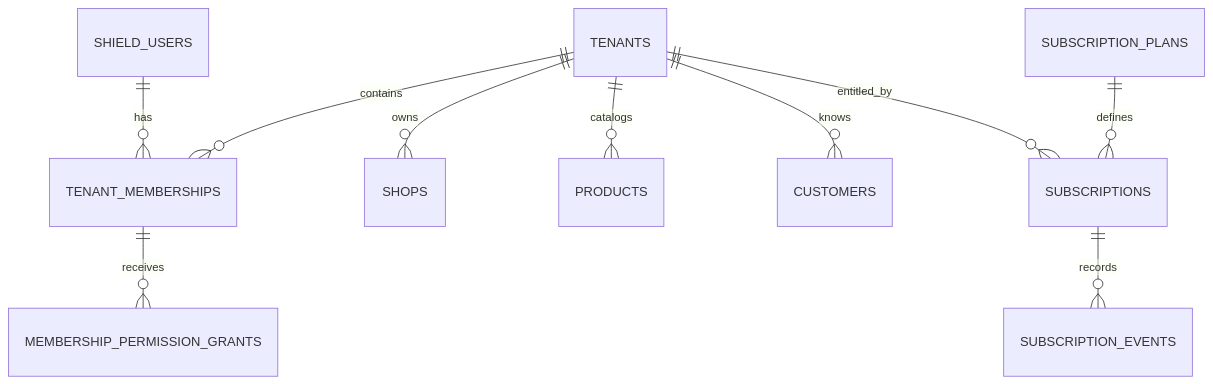
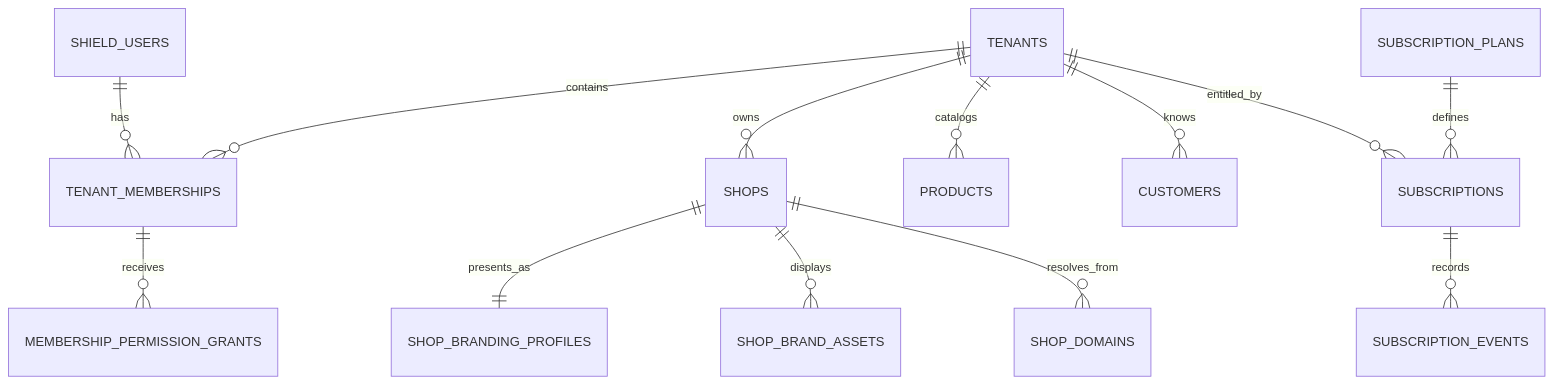
One commit to Al-siddiq/DawaTrack changed the first of 5 diagrams in docs/DawaTrack_Database_Schema_Design.md. Above: the diagram before and after it, drawn with Mermaid. The commit also changed other lines of this file, not shown here.

Commit message:
Refine database schema blueprint to v1.1

````diff
--- a/docs/DawaTrack_Database_Schema_Design.md
+++ b/docs/DawaTrack_Database_Schema_Design.md
@@ -815,12 +919,15 @@
 ```mermaid
 erDiagram
     SHIELD_USERS ||--o{ TENANT_MEMBERSHIPS : has
     TENANTS ||--o{ TENANT_MEMBERSHIPS : contains
     TENANT_MEMBERSHIPS ||--o{ MEMBERSHIP_PERMISSION_GRANTS : receives
     TENANTS ||--o{ SHOPS : owns
+    SHOPS ||--|| SHOP_BRANDING_PROFILES : presents_as
+    SHOPS ||--o{ SHOP_BRAND_ASSETS : displays
+    SHOPS ||--o{ SHOP_DOMAINS : resolves_from
     TENANTS ||--o{ PRODUCTS : catalogs
     TENANTS ||--o{ CUSTOMERS : knows
     TENANTS ||--o{ SUBSCRIPTIONS : entitled_by
     SUBSCRIPTION_PLANS ||--o{ SUBSCRIPTIONS : defines
     SUBSCRIPTIONS ||--o{ SUBSCRIPTION_EVENTS : records
 ```
````
